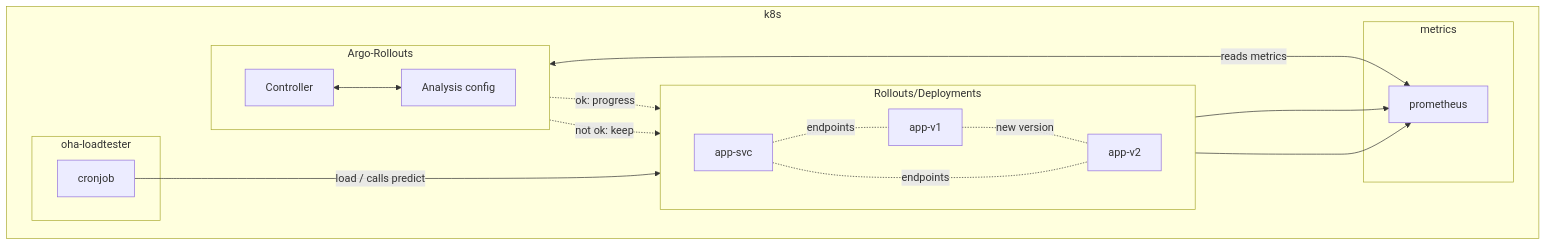
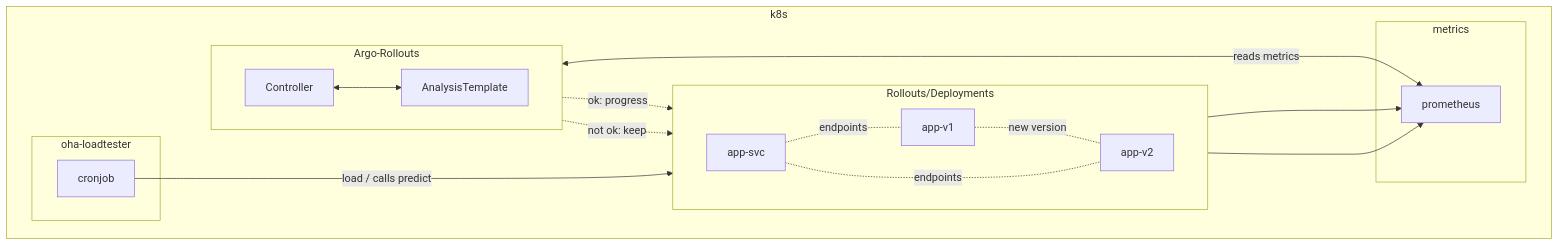
One commit to fernhtls/argo-rollouts-config changed the diagram in README.md. Above: the diagram before and after it, drawn with Mermaid. The commit also changed other lines of this file and 6 other files, not shown here.

````diff
--- a/README.md
+++ b/README.md
@@ -20,32 +20,32 @@
 ```mermaid
 graph TB 
     subgraph k8s 
         subgraph metrics
             prometheus
         end
         subgraph rollout_deployments["Rollouts/Deployments"]
         direction LR
             app-v1
             app-v2
             app-svc
         end
         subgraph argorollouts["Argo-Rollouts"]
         direction LR 
            controller["Controller"] 
-           analysis["Analysis config"]
+           analysis["AnalysisTemplate"]
            controller <--> analysis
         end
         subgraph loadtester["oha-loadtester"]
             cronjob
         end
     end
     app-v1 ---> prometheus
     app-v2 ---> prometheus
     app-v1 .- |new version| app-v2
     app-svc .- |endpoints| app-v1
     app-svc .- |endpoints| app-v2
     cronjob ---> |load / calls predict| app-svc
     controller <---> |reads metrics| prometheus
     controller -.-> |ok: progress| app-v2
     controller -.-> |not ok: keep| app-v1
 ```
````
